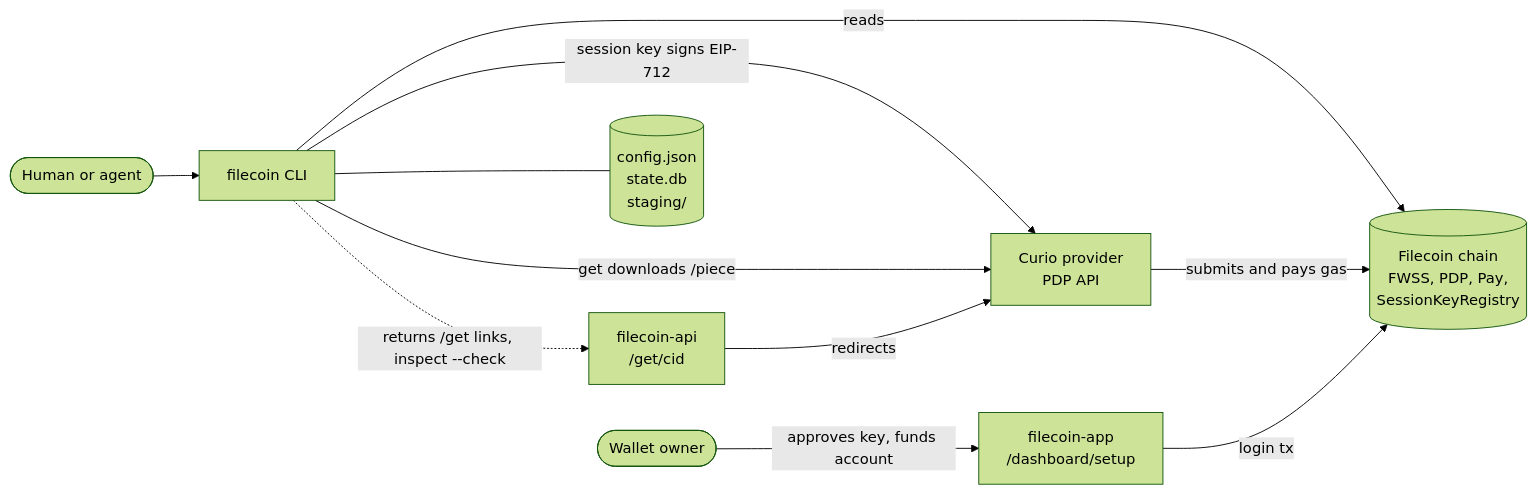
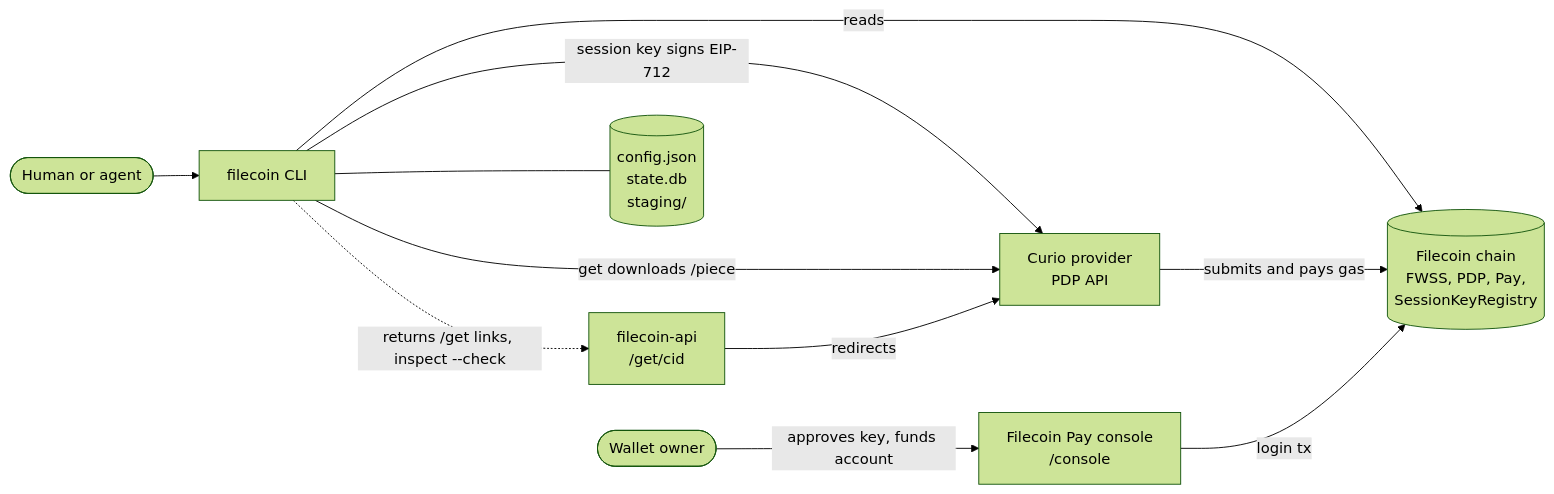
Before and after one commit to filecoin-project/agents: the first of 3 diagrams in docs/filecoin/architecture.md, drawn with Mermaid (forest theme). The commit also changed other lines of this file and 28 other files, not shown here.

First line of the commit message:
feat(filecoin-cli)!: send login, funding, and revoke links to the Filecoin Pay console (#45)

````diff
--- a/docs/filecoin/architecture.md
+++ b/docs/filecoin/architecture.md
@@ -16,13 +16,13 @@
 ```mermaid
 flowchart LR
   user([Human or agent]) --> cli[filecoin CLI]
   cli -- session key signs EIP-712 --> curio[Curio provider<br/>PDP API]
   cli -- reads --> chain[(Filecoin chain<br/>FWSS, PDP, Pay,<br/>SessionKeyRegistry)]
   curio -- submits and pays gas --> chain
-  owner([Wallet owner]) -- approves key, funds account --> app[filecoin-app<br/>/dashboard/setup]
+  owner([Wallet owner]) -- approves key, funds account --> app[Filecoin Pay console<br/>/console]
   app -- login tx --> chain
   cli -- get downloads /piece --> curio
   cli -. returns /get links, inspect --check .-> api[filecoin-api<br/>/get/cid]
   api -- redirects --> curio
   cli --- local[(config.json<br/>state.db<br/>staging/)]
 ```
````
